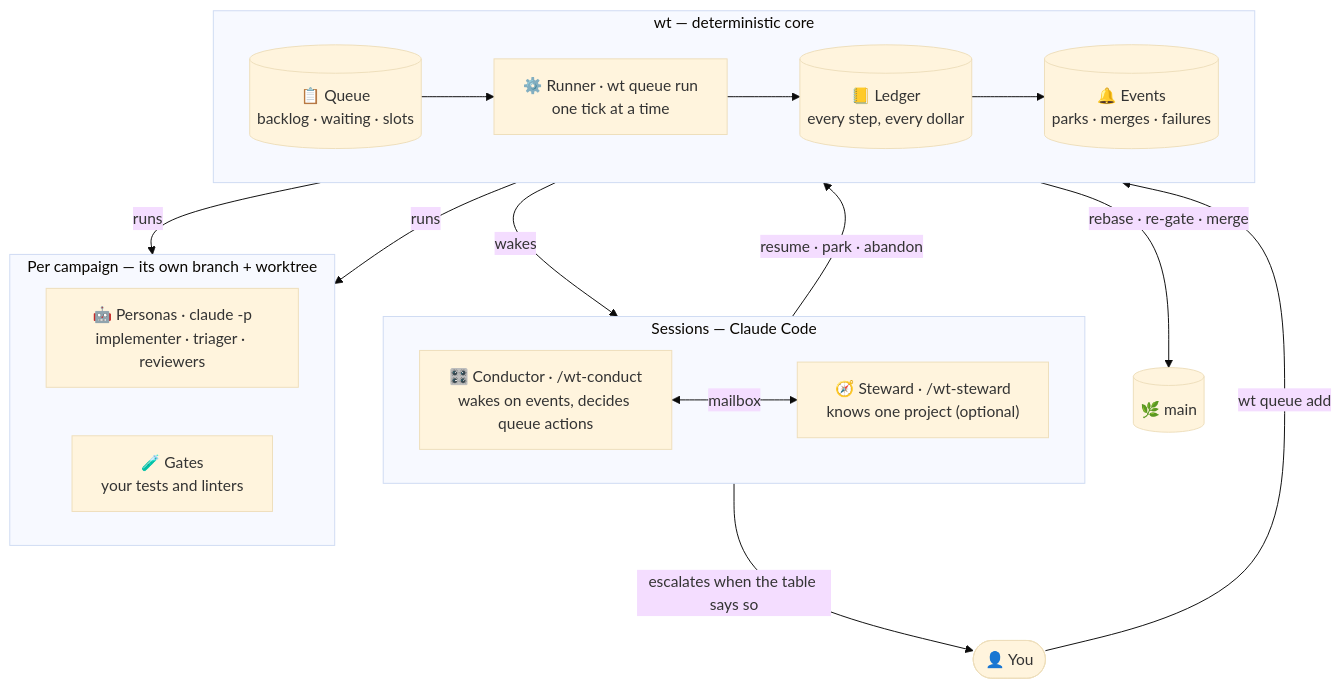
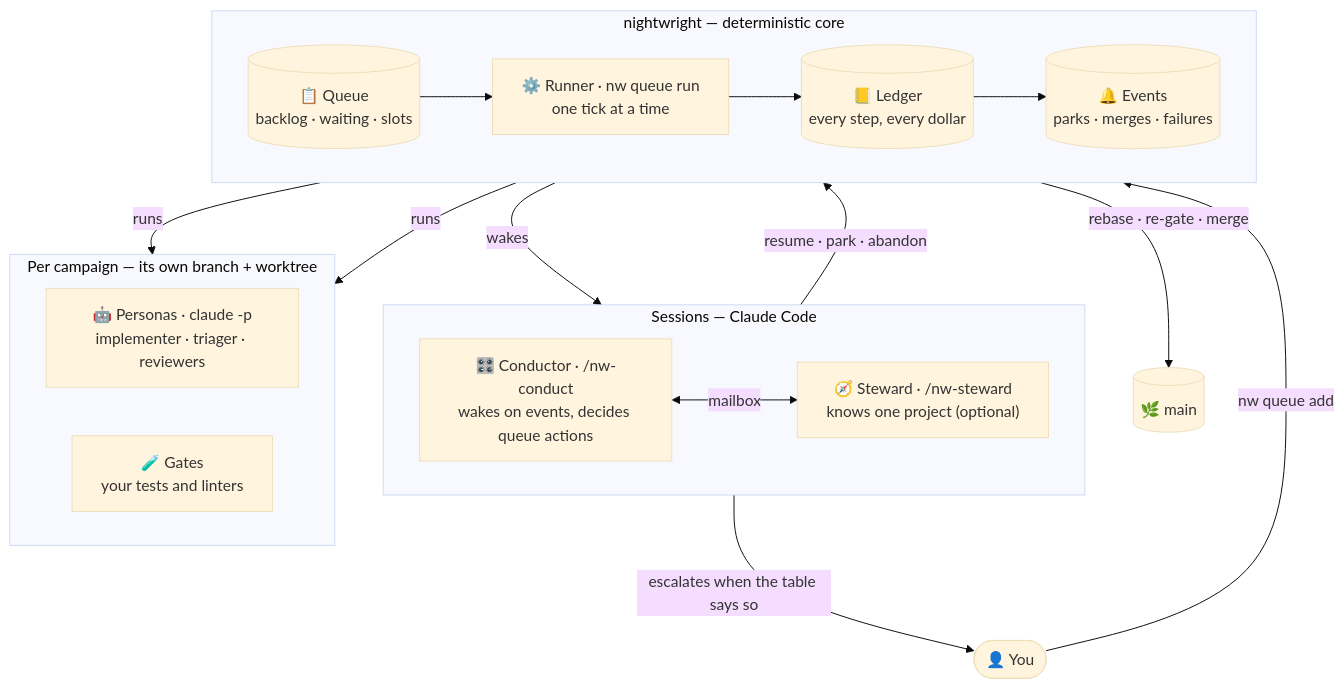
The first of 2 diagrams in docs/product/loop/index.md (brunosmmm/nightwright), drawn with Mermaid (base theme) before and after one commit. The commit also changed other lines of this file and 495 other files, not shown here.

````diff
--- a/docs/product/loop/index.md
+++ b/docs/product/loop/index.md
@@ -11,33 +11,33 @@
 ```mermaid
 flowchart TB
     H(["👤 You"])
 
     subgraph SES["Sessions — Claude Code"]
         direction LR
-        C["🎛️ Conductor · /wt-conduct<br/>wakes on events, decides queue actions"]
-        ST["🧭 Steward · /wt-steward<br/>knows one project (optional)"]
+        C["🎛️ Conductor · /nw-conduct<br/>wakes on events, decides queue actions"]
+        ST["🧭 Steward · /nw-steward<br/>knows one project (optional)"]
         C <-- "mailbox" --> ST
     end
 
-    subgraph CORE["wt — deterministic core"]
+    subgraph CORE["nightwright — deterministic core"]
         direction LR
-        Q[("📋 Queue<br/>backlog · waiting · slots")] --> R["⚙️ Runner · wt queue run<br/>one tick at a time"]
+        Q[("📋 Queue<br/>backlog · waiting · slots")] --> R["⚙️ Runner · nw queue run<br/>one tick at a time"]
         R --> LG[("📒 Ledger<br/>every step, every dollar")] --> EV[("🔔 Events<br/>parks · merges · failures")]
     end
 
     subgraph CAMP["Per campaign — its own branch + worktree"]
         direction LR
         P["🤖 Personas · claude -p<br/>implementer · triager · reviewers"]
         G["🧪 Gates<br/>your tests and linters"]
     end
 
     MAIN[("🌿 main")]
 
-    H -- "wt queue add" --> Q
+    H -- "nw queue add" --> Q
     R -- "runs" --> P
     R -- "runs" --> G
     R -- "rebase · re-gate · merge" --> MAIN
     EV -- "wakes" --> C
     C -- "resume · park · abandon" --> Q
     C -- "escalates when the table says so" --> H
 ```
````
